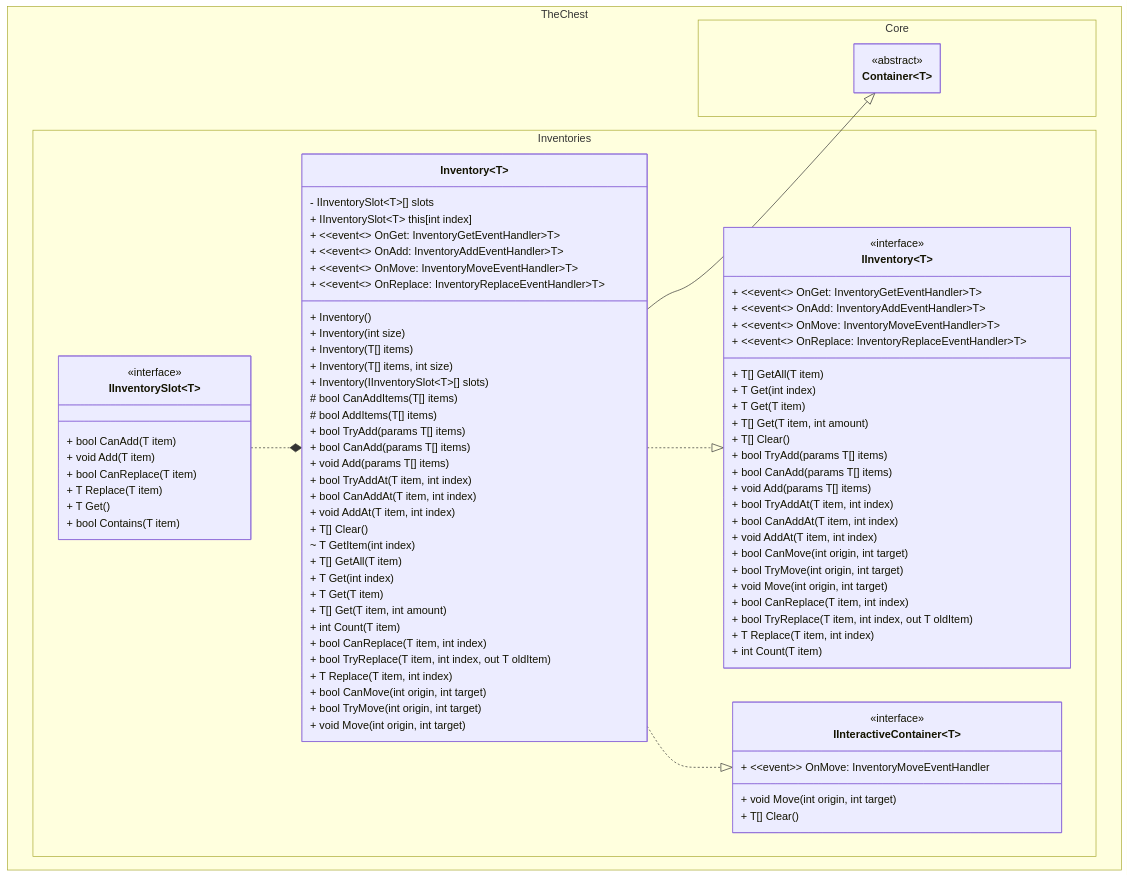
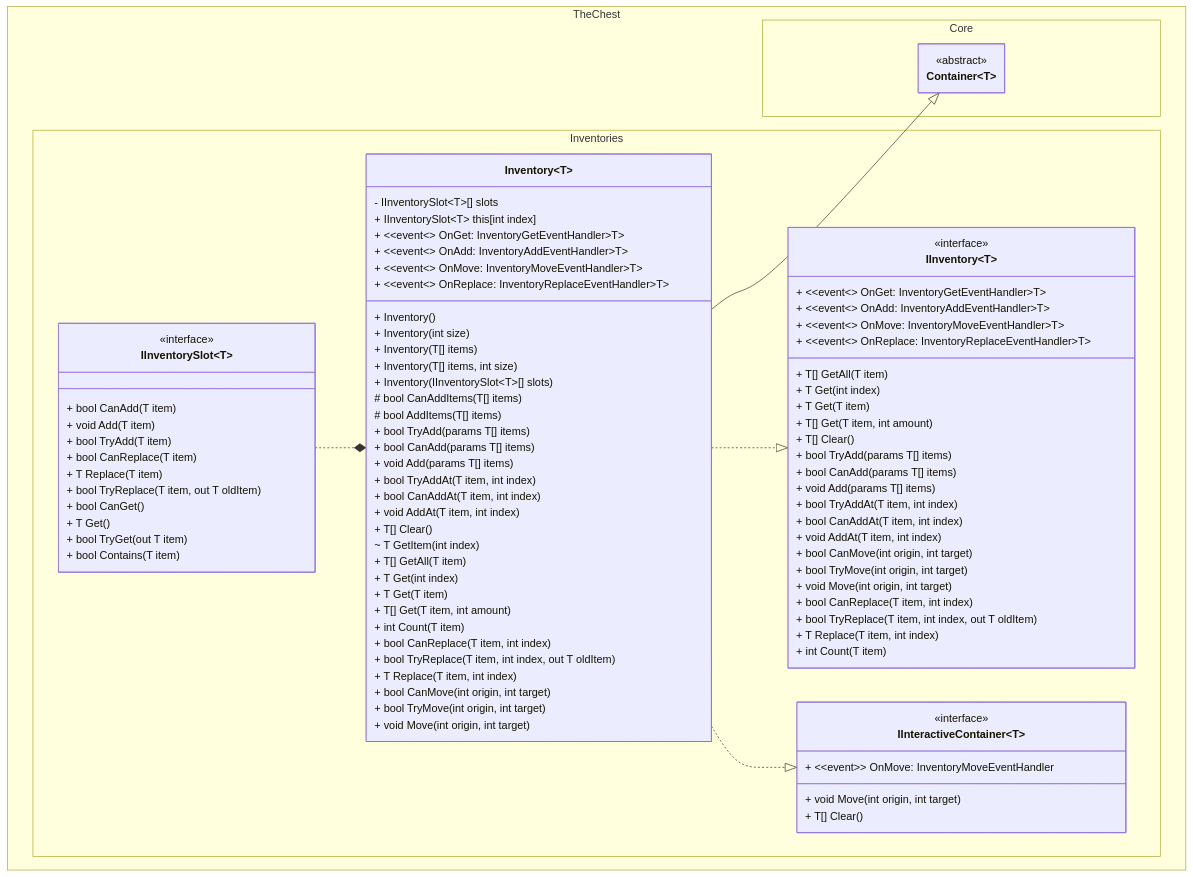
One commit to The-Chest/TheChest.Inventories changed the first of 2 diagrams in docs/inventory/class_diagram.md. Above: the diagram before and after it, drawn with Mermaid. The commit also changed other lines of this file, not shown here.

Commit message:
Changes in InventorySlot class diagram

```diff
--- a/docs/inventory/class_diagram.md
+++ b/docs/inventory/class_diagram.md
@@ -50,11 +50,16 @@
         class IInventorySlot~T~ {
 	        + bool CanAdd(T item)
 	        + void Add(T item)
+			+ bool TryAdd(T item)
 
 			+ bool CanReplace(T item)
 	        + T Replace(T item)
+			+ bool TryReplace(T item, out T oldItem)
 
+			+ bool CanGet()
 	        + T Get()
+			+ bool TryGet(out T item)
+
 	        + bool Contains(T item)
         }
         class Inventory~T~ {
```
